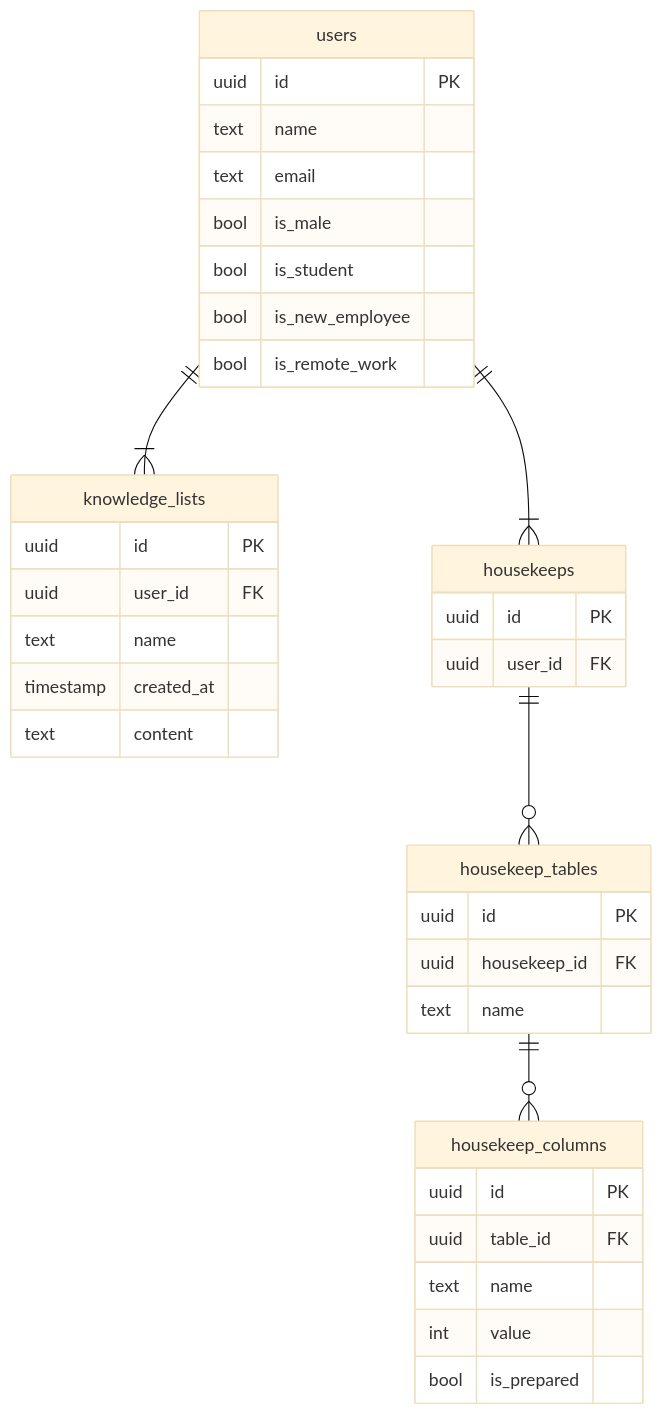
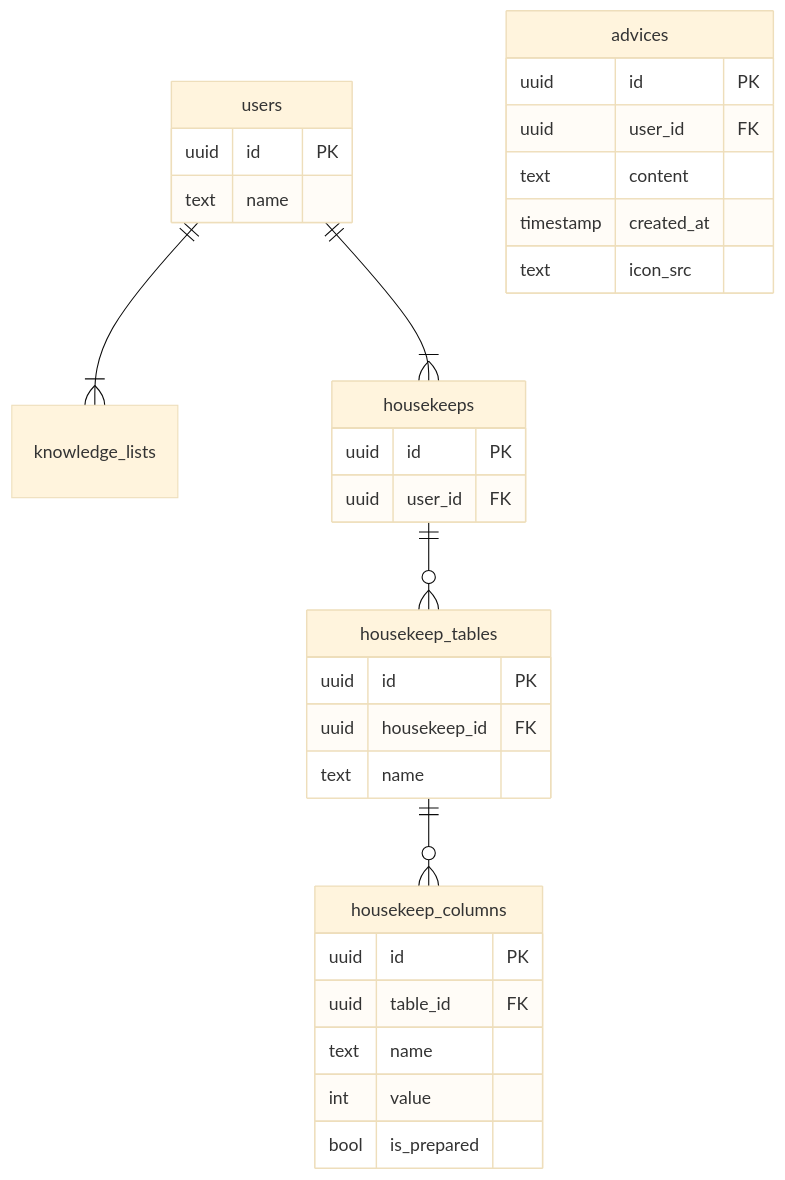
One commit to project-hikkoshiori/hikkoshiori changed the diagram in docs/ER.md. Above: the diagram before and after it, drawn with Mermaid (base theme). The commit also changed 2 other files, not shown here.

Commit message:
DB設計

````diff
--- a/docs/ER.md
+++ b/docs/ER.md
@@ -1,46 +1,41 @@
 ```mermaid
 erDiagram
 
     users ||--|{ knowledge_lists: ""
     users ||--|{ housekeeps: ""
     housekeeps ||--o{ housekeep_tables: ""
     housekeep_tables ||--o{ housekeep_columns: ""
 
     users {
         uuid id PK
         text name
-        text email
-        bool is_male
-        bool is_student
-        bool is_new_employee
-        bool is_remote_work
     }
 
-    knowledge_lists {
+    advices {
         uuid id PK
         uuid user_id FK
-        text name
+        text content
         timestamp created_at
-        text content
+        text icon_src
     }
 
     housekeeps {
         uuid id PK
         uuid user_id FK
     }
 
     housekeep_tables {
         uuid id PK
         uuid housekeep_id FK
         text name
     }
 
     housekeep_columns {
         uuid id PK
         uuid table_id FK
         text name
         int value
         bool is_prepared
     }
 
 ```
````
